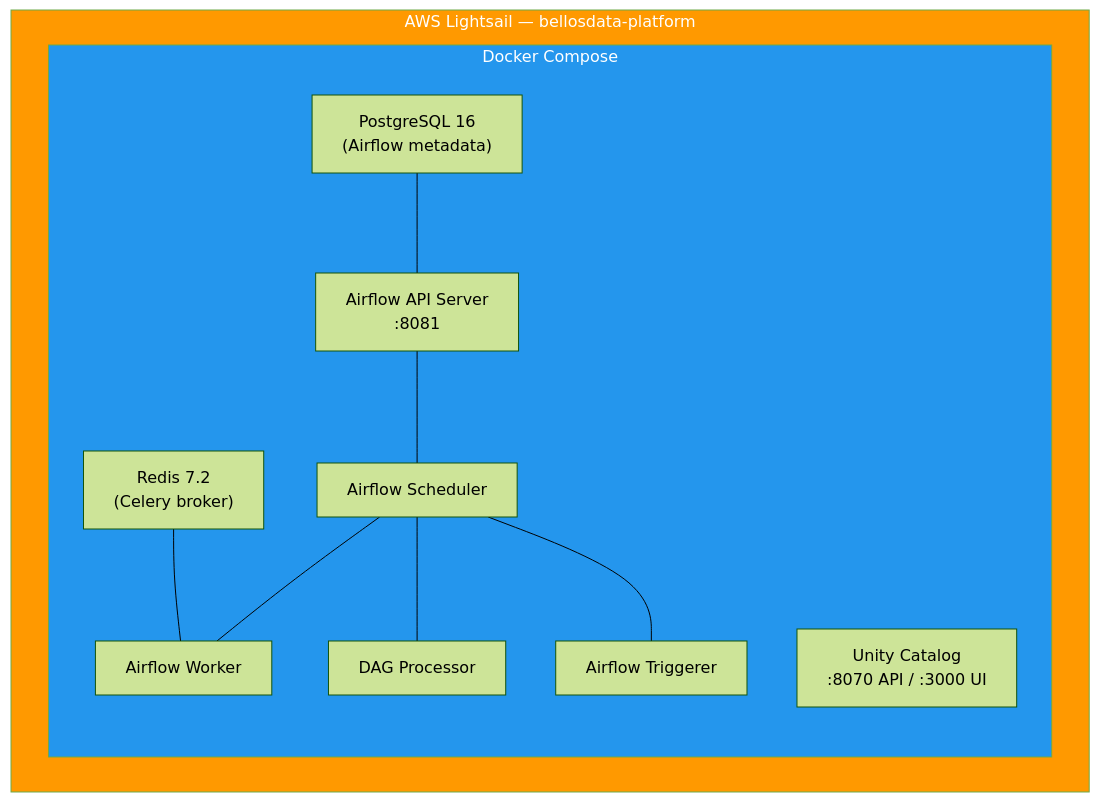
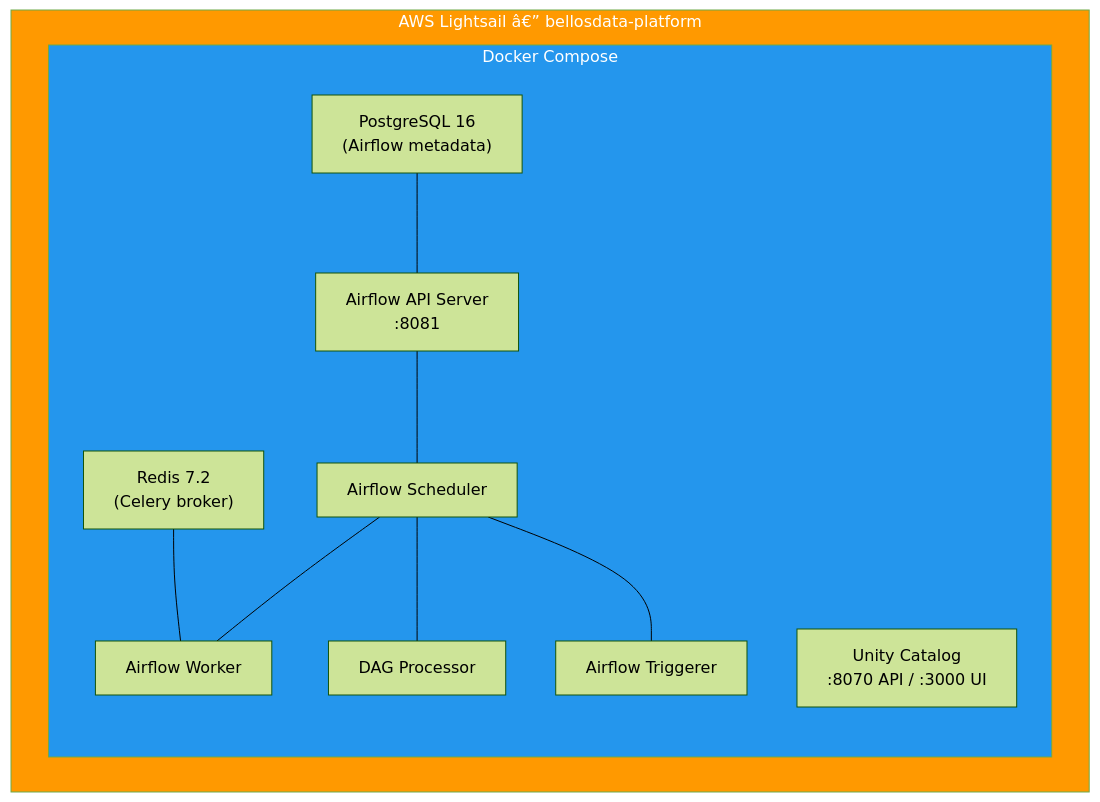
The third of 3 diagrams in README.md (TimiOlayinka/bellosdata-lakehouse), drawn with Mermaid (forest theme) before and after one commit. The commit also changed other lines of this file and 28 other files, not shown here.

````diff
--- a/README.md
+++ b/README.md
@@ -298,25 +298,25 @@
 ```mermaid
 flowchart TB
-    subgraph LIGHTSAIL["AWS Lightsail — bellosdata-platform"]
+    subgraph LIGHTSAIL["AWS Lightsail â€” bellosdata-platform"]
         subgraph DOCKER["Docker Compose"]
             PG["PostgreSQL 16\n(Airflow metadata)"]
             RD["Redis 7.2\n(Celery broker)"]
             API["Airflow API Server\n:8081"]
             SCH["Airflow Scheduler"]
             WRK["Airflow Worker"]
             TRG["Airflow Triggerer"]
             DAG["DAG Processor"]
             UC["Unity Catalog\n:8070 API / :3000 UI"]
         end
     end
 
     PG --- API
     RD --- WRK
     API --- SCH
     SCH --- WRK
     SCH --- DAG
     SCH --- TRG
 
     style LIGHTSAIL fill:#FF9900,color:#fff
     style DOCKER fill:#2496ED,color:#fff
 ```
````
